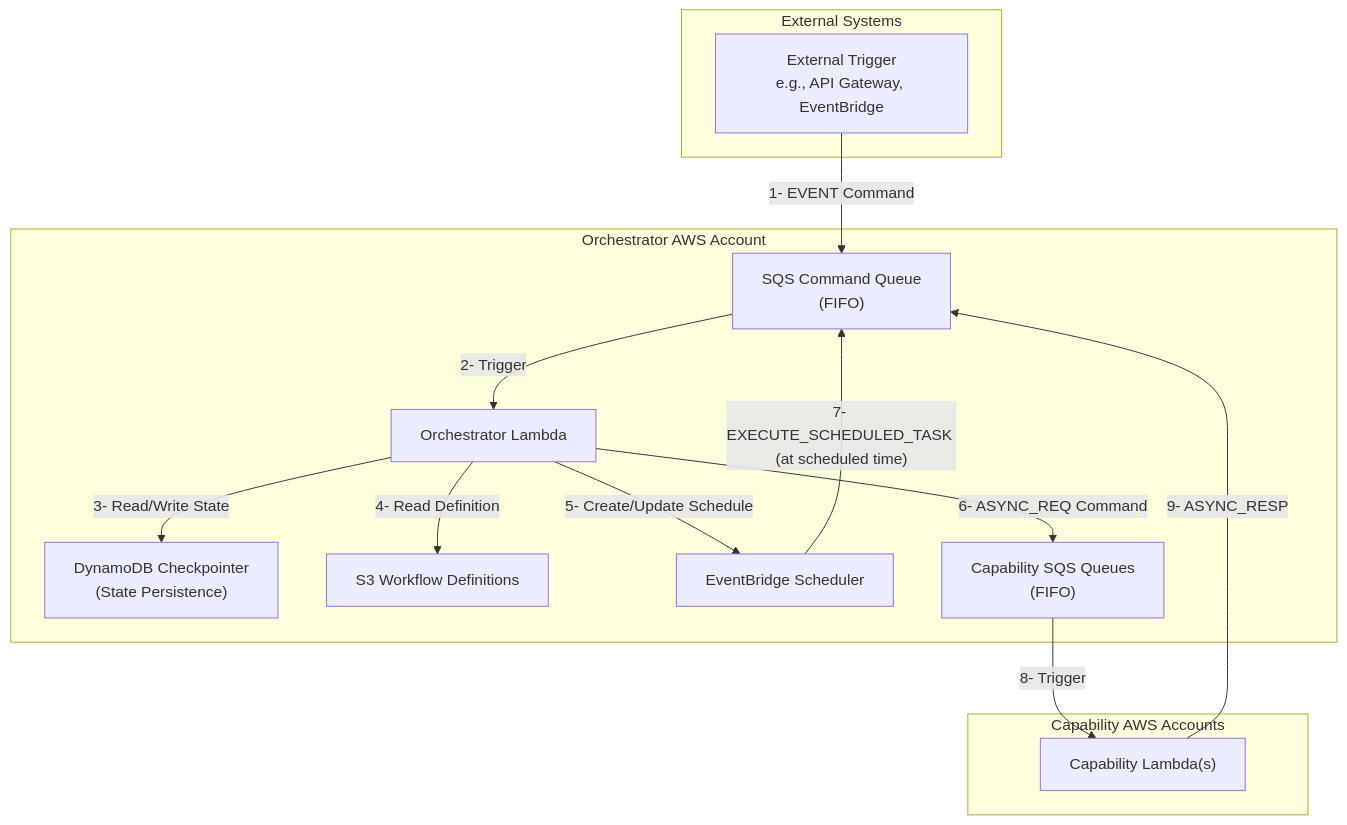
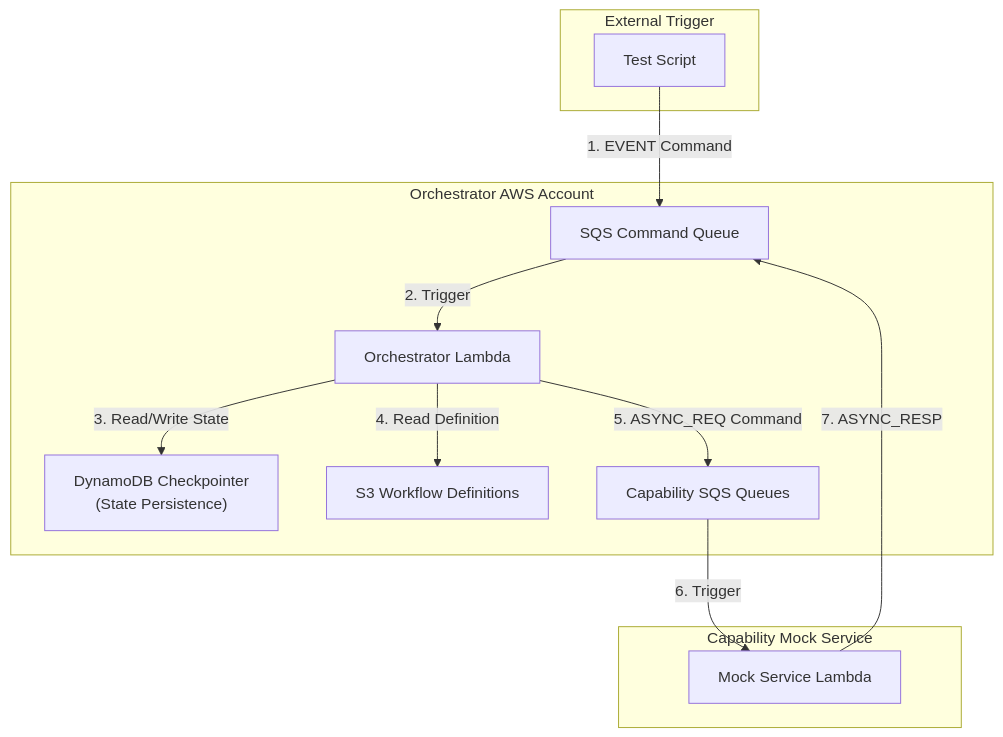
One commit to thetwit4u/nike-cch-workflow-orchestrator changed the diagram in README.md. Above: the diagram before and after it, drawn with Mermaid. The commit also changed other lines of this file and 37 other files, not shown here.

````diff
--- a/README.md
+++ b/README.md
@@ -16,31 +14,27 @@
 ```mermaid
 graph TD
-    subgraph "External Systems"
-        A[External Trigger<br/>e.g., API Gateway, EventBridge]
+    subgraph "External Trigger"
+        A[Test Script]
     end
 
     subgraph "Orchestrator AWS Account"
-        B["SQS Command Queue<br/>(FIFO)"]
+        B["SQS Command Queue"]
         C[Orchestrator Lambda]
         D["DynamoDB Checkpointer<br/>(State Persistence)"]
         E[S3 Workflow Definitions]
-        F[EventBridge Scheduler]
-        G["Capability SQS Queues<br/>(FIFO)"]
+        G["Capability SQS Queues"]
     end
 
-    subgraph "Capability AWS Accounts"
-        H["Capability Lambda(s)"]
+    subgraph "Capability Mock Service"
+        H["Mock Service Lambda"]
     end
 
-    A -- "1- EVENT Command" --> B
-    B -- "2- Trigger" --> C
-    C -- "3- Read/Write State" --> D
-    C -- "4- Read Definition" --> E
-    C -- "5- Create/Update Schedule" --> F
-    C -- "6- ASYNC_REQ Command" --> G
-    F -- "7- EXECUTE_SCHEDULED_TASK (at scheduled time)" --> B
+    A -- "1. EVENT Command" --> B
+    B -- "2. Trigger" --> C
+    C -- "3. Read/Write State" --> D
+    C -- "4. Read Definition" --> E
+    C -- "5. ASYNC_REQ Command" --> G
     
-    G -- "8- Trigger" --> H
-    H -- "9- ASYNC_RESP" --> B
-
+    G -- "6. Trigger" --> H
+    H -- "7. ASYNC_RESP" --> B
 ```
````
